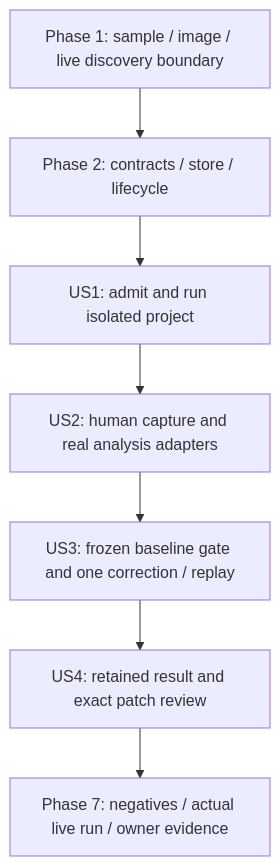
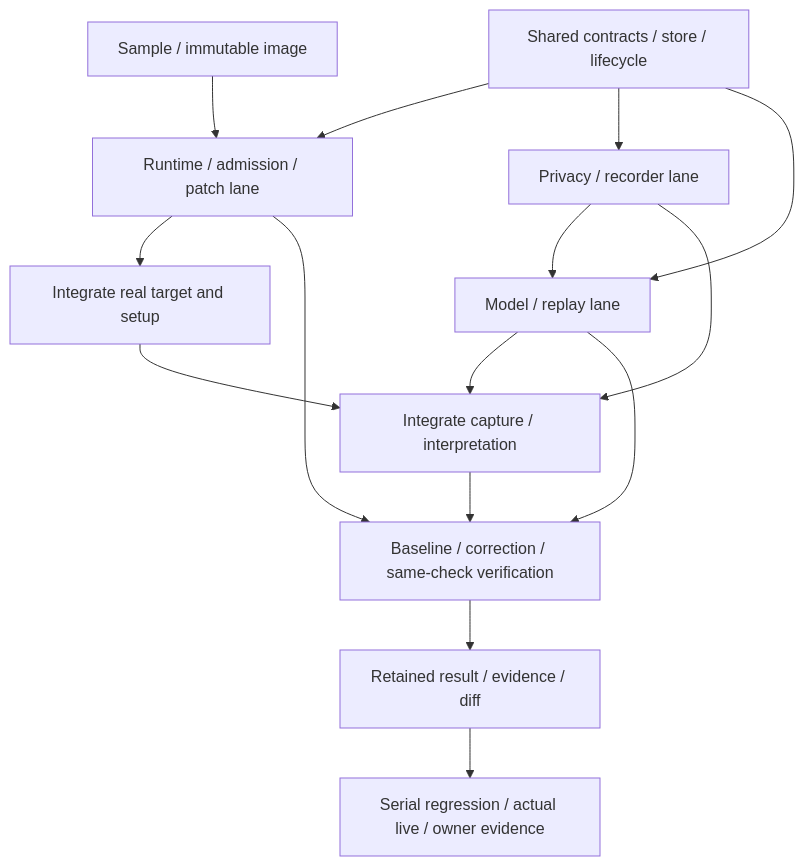
One commit to LLagoon3/flowproof changed the diagram in specs/006-project-live-verification/tasks.md. Above: the diagram before and after it, drawn with Mermaid. The commit also changed other lines of this file and 2 other files, not shown here.

Commit message:
docs(tasks): define four-lane parallel implementation dispatch

````diff
--- a/specs/006-project-live-verification/tasks.md
+++ b/specs/006-project-live-verification/tasks.md
@@ -237,9 +242,17 @@
 ```mermaid
 flowchart TD
-  Setup[Phase 1: sample / image / live discovery boundary] --> Foundation[Phase 2: contracts / store / lifecycle]
-  Foundation --> US1[US1: admit and run isolated project]
-  US1 --> US2[US2: human capture and real analysis adapters]
-  US2 --> US3[US3: frozen baseline gate and one correction / replay]
-  US3 --> US4[US4: retained result and exact patch review]
-  US4 --> Final[Phase 7: negatives / actual live run / owner evidence]
+  Foundation[Shared contracts / store / lifecycle] --> Runtime[Runtime / admission / patch lane]
+  Foundation --> Capture[Privacy / recorder lane]
+  Foundation --> Model[Model / replay lane]
+  Image[Sample / immutable image] --> Runtime
+  Capture --> Model
+  Runtime --> SetupUI[Integrate real target and setup]
+  SetupUI --> Analysis[Integrate capture / interpretation]
+  Capture --> Analysis
+  Model --> Analysis
+  Analysis --> Verification[Baseline / correction / same-check verification]
+  Runtime --> Verification
+  Model --> Verification
+  Verification --> Review[Retained result / evidence / diff]
+  Review --> Final[Serial regression / actual live / owner evidence]
 ```
````
